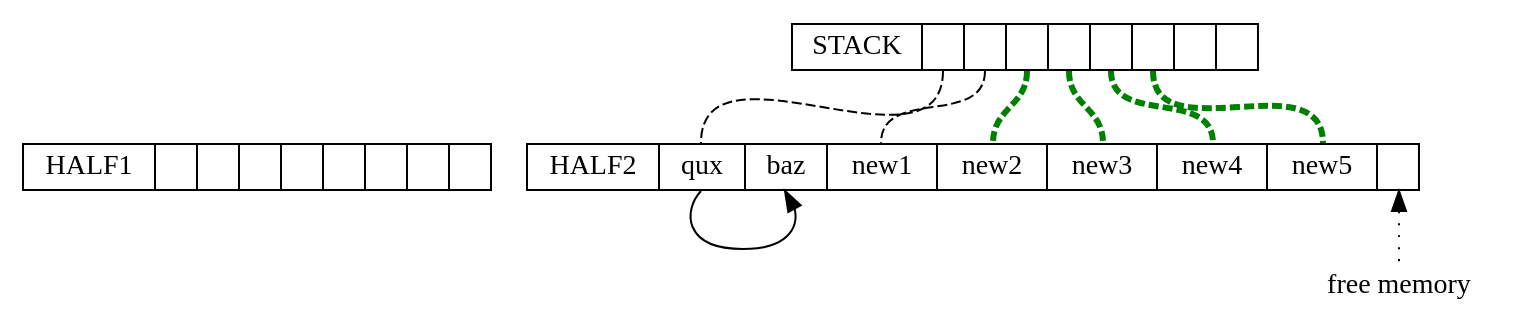
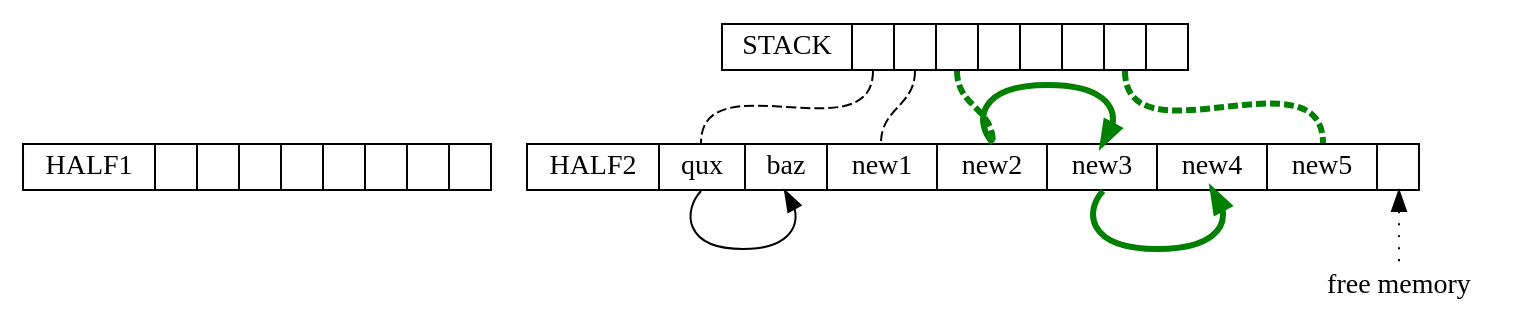
Before and after one commit to com-lihaoyi/mill: the eighth of 13 diagrams in blog/modules/ROOT/pages/6-garbage-collector-perf.adoc, drawn with Graphviz. The commit also changed other lines of this file, not shown here.

````diff
--- a/blog/modules/ROOT/pages/6-garbage-collector-perf.adoc
+++ b/blog/modules/ROOT/pages/6-garbage-collector-perf.adoc
@@ -198,21 +195,21 @@
 ```graphviz
 digraph G {
   
   node [shape=box width=0 height=0 style=filled fillcolor=white]
   {rank=same; heap1; heap2}
   heap2 [shape=record label="HALF2 | <f0> qux | <f1> baz | <f2> new1 | <f3> new2 | <f4> new3 | <f5> new4 | <f6> new5 | <f7>"]
 
   heap1 [shape=record label="HALF1 | <f0> | <f1> | <f2> | <f3> | <f4> | <f5> | <f6> | <f7> "]
   heap2:f0:s -> heap2:f1:s 
+  heap2:f3:n -> heap2:f4:n [color=green, penwidth=3]
+  heap2:f4:s -> heap2:f5:s [color=green, penwidth=3]
 
   heap2:f7:s -> alloc:n [dir=back, style=dotted]
   alloc [label = "free memory", shape=plaintext]
   stack [shape=record label="STACK | <f0> | <f1> | <f2> | <f3> | <f4> | <f5> | <f6> | <f7> "]
   stack:f0 -> heap2:f0 [dir=none, style=dashed]
   stack:f1 -> heap2:f2 [dir=none, style=dashed]
   stack:f2 -> heap2:f3 [dir=none, style=dashed, color=green, penwidth=3]
-  stack:f3 -> heap2:f4 [dir=none, style=dashed, color=green, penwidth=3]
-  stack:f4 -> heap2:f5 [dir=none, style=dashed, color=green, penwidth=3]
-  stack:f5 -> heap2:f6 [dir=none, style=dashed, color=green, penwidth=3]
+  stack:f6 -> heap2:f6 [dir=none, style=dashed, color=green, penwidth=3]
 }
 ```
````
